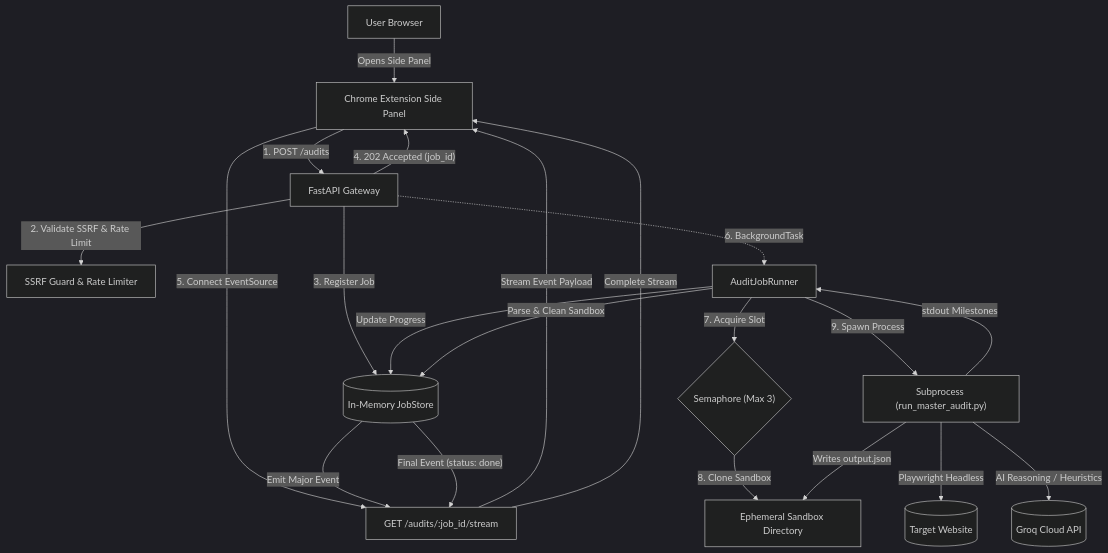
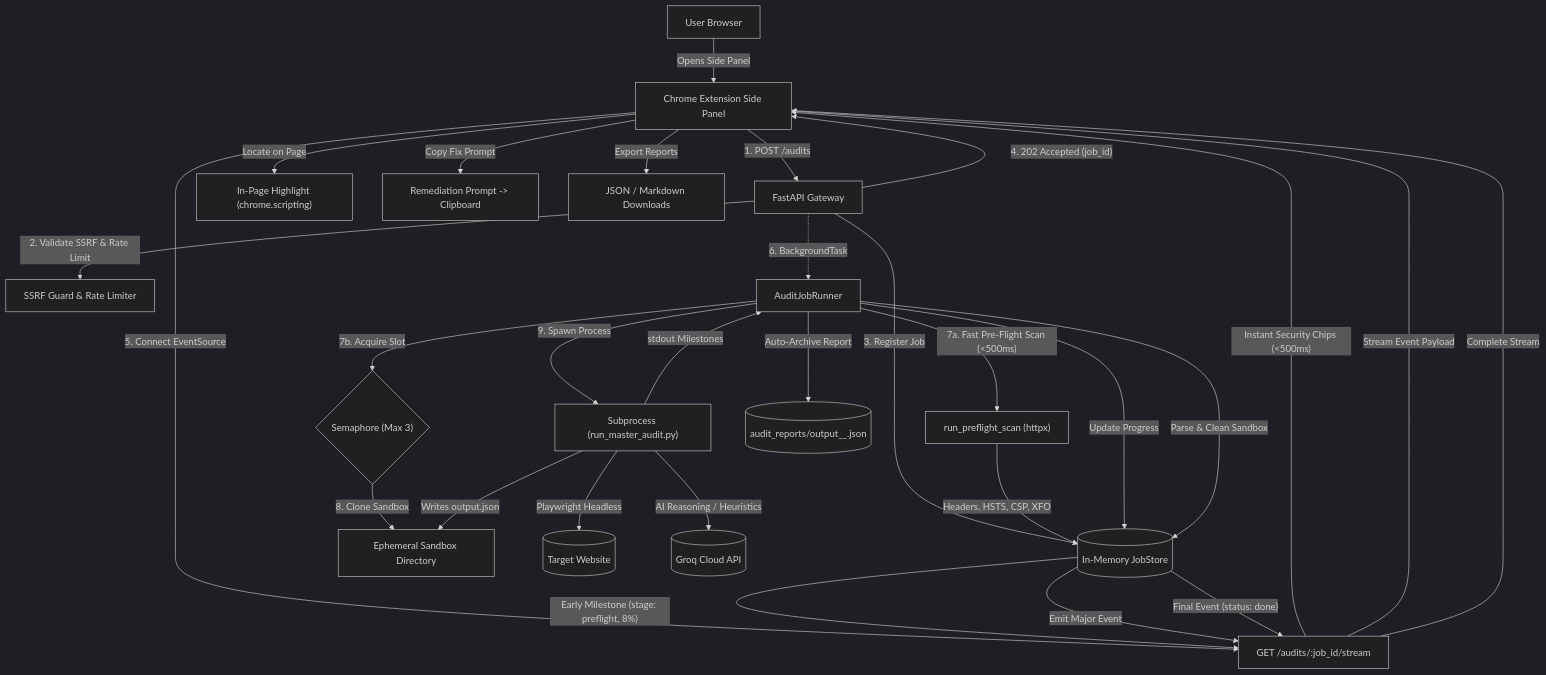
The first of 3 diagrams in PRD/SYSTEM_ARCHITECTURE.md (7471ashish/WebLens), drawn with Mermaid (dark theme) before and after one commit. The commit also changed other lines of this file and 2 other files, not shown here.

Commit message:
fix/docs: updated sytem architecture md and also introduced new parsing methologies in the frontend

````diff
--- a/PRD/SYSTEM_ARCHITECTURE.md
+++ b/PRD/SYSTEM_ARCHITECTURE.md
@@ -15,28 +18,38 @@
 ```mermaid
 flowchart TD
     User["User Browser"] -->|"Opens Side Panel"| Ext["Chrome Extension Side Panel"]
     Ext -->|"1. POST /audits"| API["FastAPI Gateway"]
     API -->|"2. Validate SSRF & Rate Limit"| Guard["SSRF Guard & Rate Limiter"]
     API -->|"3. Register Job"| Store[("In-Memory JobStore")]
     API -->|"4. 202 Accepted (job_id)"| Ext
     
     Ext -->|"5. Connect EventSource"| SSE["GET /audits/:job_id/stream"]
     
     API -.->|"6. BackgroundTask"| Runner["AuditJobRunner"]
-    Runner -->|"7. Acquire Slot"| Sem{"Semaphore (Max 3)"}
+    Runner -->|"7a. Fast Pre-Flight Scan (<500ms)"| Preflight["run_preflight_scan (httpx)"]
+    Preflight -->|"Headers, HSTS, CSP, XFO"| Store
+    Store -->|"Early Milestone (stage: preflight, 8%)"| SSE
+    SSE -->|"Instant Security Chips (<500ms)"| Ext
+
+    Runner -->|"7b. Acquire Slot"| Sem{"Semaphore (Max 3)"}
     Sem -->|"8. Clone Sandbox"| Sandbox["Ephemeral Sandbox Directory"]
     Runner -->|"9. Spawn Process"| Sub["Subprocess (run_master_audit.py)"]
     
     Sub -->|"Playwright Headless"| Web[("Target Website")]
     Sub -->|"AI Reasoning / Heuristics"| Groq[("Groq Cloud API")]
     
     Sub -->|"stdout Milestones"| Runner
     Runner -->|"Update Progress"| Store
     Store -->|"Emit Major Event"| SSE
     SSE -->|"Stream Event Payload"| Ext
     
     Sub -->|"Writes output.json"| Sandbox
     Runner -->|"Parse & Clean Sandbox"| Store
+    Runner -->|"Auto-Archive Report"| Archive[("audit_reports/output_<id>_<time>.json")]
     Store -->|"Final Event (status: done)"| SSE
     SSE -->|"Complete Stream"| Ext
+
+    Ext -->|"Locate on Page"| DOM["In-Page Highlight (chrome.scripting)"]
+    Ext -->|"Copy Fix Prompt"| Clip["Remediation Prompt -> Clipboard"]
+    Ext -->|"Export Reports"| Files["JSON / Markdown Downloads"]
 ```
````
